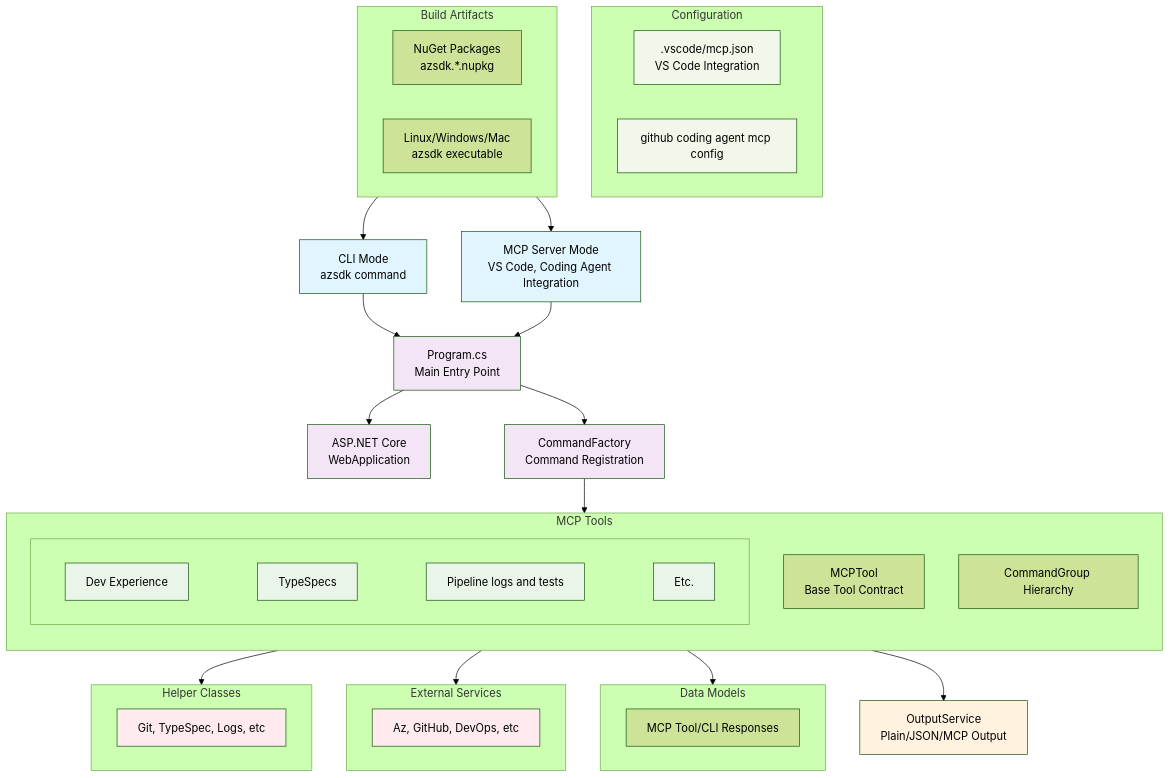
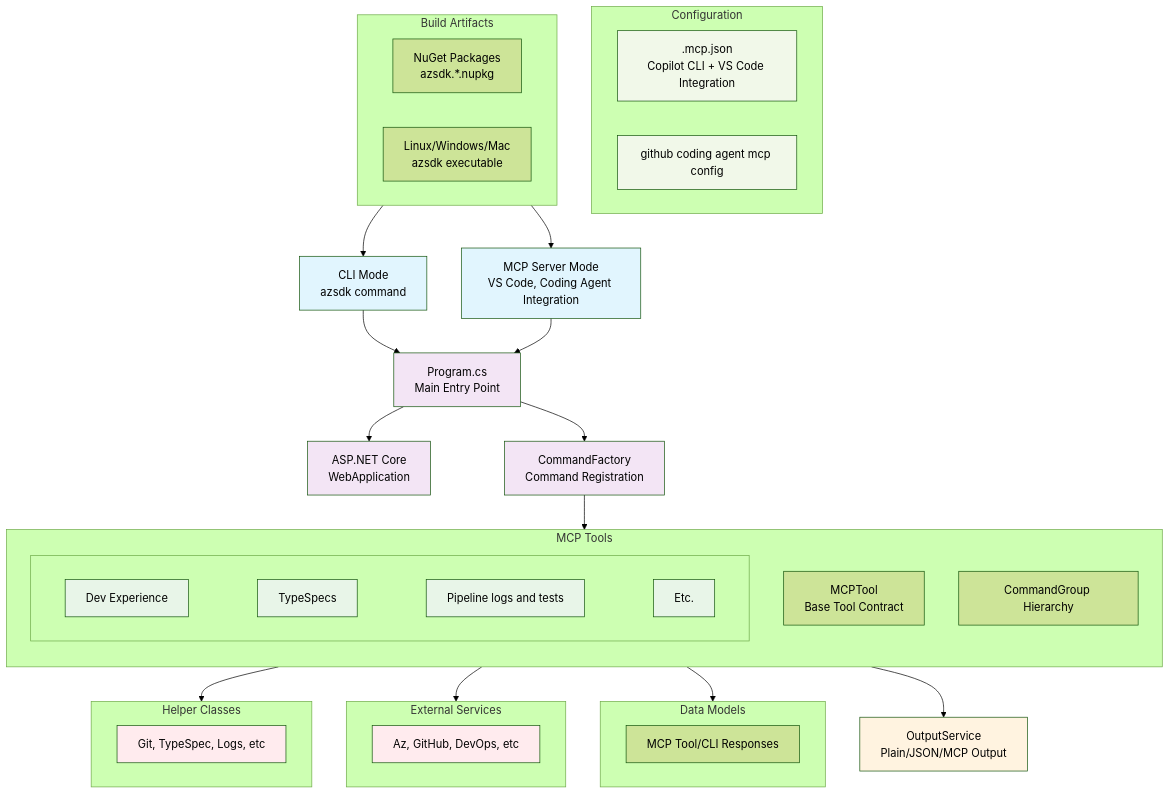
Before and after one commit to Azure/azure-sdk-tools: the diagram in tools/azsdk-cli/README.md, drawn with Mermaid (forest theme). The commit also changed other lines of this file and 6 other files, not shown here.

First line of the commit message:
Use repo-root .mcp.json as the single MCP config

```diff
--- a/tools/azsdk-cli/README.md
+++ b/tools/azsdk-cli/README.md
@@ -347,7 +347,7 @@
 
     %% Configuration
     subgraph Config[Configuration]
-        MCPConfig[.vscode/mcp.json<br/>VS Code Integration]
+        MCPConfig[.mcp.json<br/>Copilot CLI + VS Code Integration]
         GitHubConfig[github coding agent mcp config]
     end
 
```
